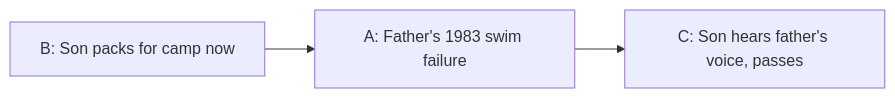
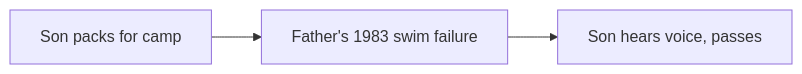
Before and after one commit to jrajath94/ai-podcast-curriculum: the diagram in content/tracks/charisma/ep10.md, drawn with Mermaid. The commit also changed other lines of this file, not shown here.

Commit message:
Charisma: 35 figures (F1-F7 PASS)

````diff
--- a/content/tracks/charisma/ep10.md
+++ b/content/tracks/charisma/ep10.md
@@ -158,5 +157,5 @@
 ```mermaid
 graph LR
-    B[B: Son packs for camp now] --> A[A: Father's 1983 swim failure]
-    A --> C[C: Son hears father's voice, passes]
+    B[Son packs for camp] --> A[Father's 1983 swim failure]
+    A --> C[Son hears voice, passes]
 ```
````
